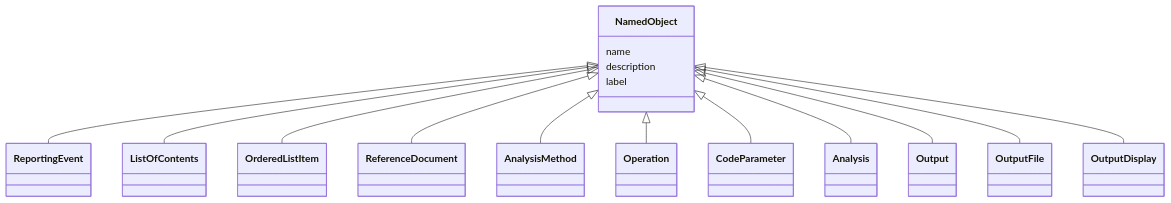
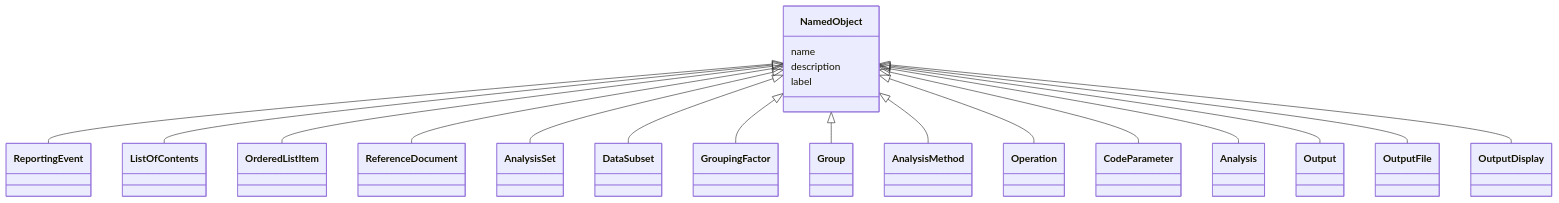
Before and after one commit to cdisc-org/analysis-results-standard: the diagram in project/docs/NamedObject.md, drawn with Mermaid. The commit also changed other lines of this file and 174 other files, not shown here.

````diff
--- a/project/docs/NamedObject.md
+++ b/project/docs/NamedObject.md
@@ -13,19 +13,23 @@
 ```mermaid
  classDiagram
     class NamedObject
       NamedObject <|-- ReportingEvent
       NamedObject <|-- ListOfContents
       NamedObject <|-- OrderedListItem
       NamedObject <|-- ReferenceDocument
+      NamedObject <|-- AnalysisSet
+      NamedObject <|-- DataSubset
+      NamedObject <|-- GroupingFactor
+      NamedObject <|-- Group
       NamedObject <|-- AnalysisMethod
       NamedObject <|-- Operation
       NamedObject <|-- CodeParameter
       NamedObject <|-- Analysis
       NamedObject <|-- Output
       NamedObject <|-- OutputFile
       NamedObject <|-- OutputDisplay
       NamedObject : name        
         NamedObject : description        
         NamedObject : label        
         
 ```
````
